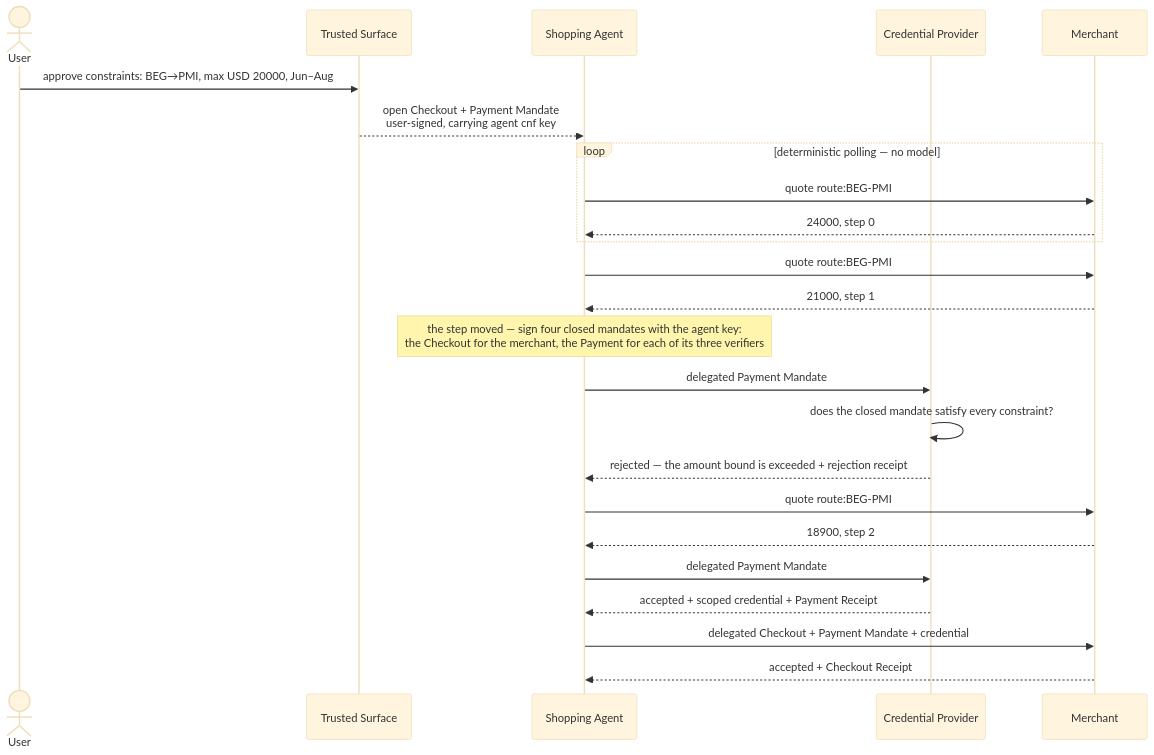
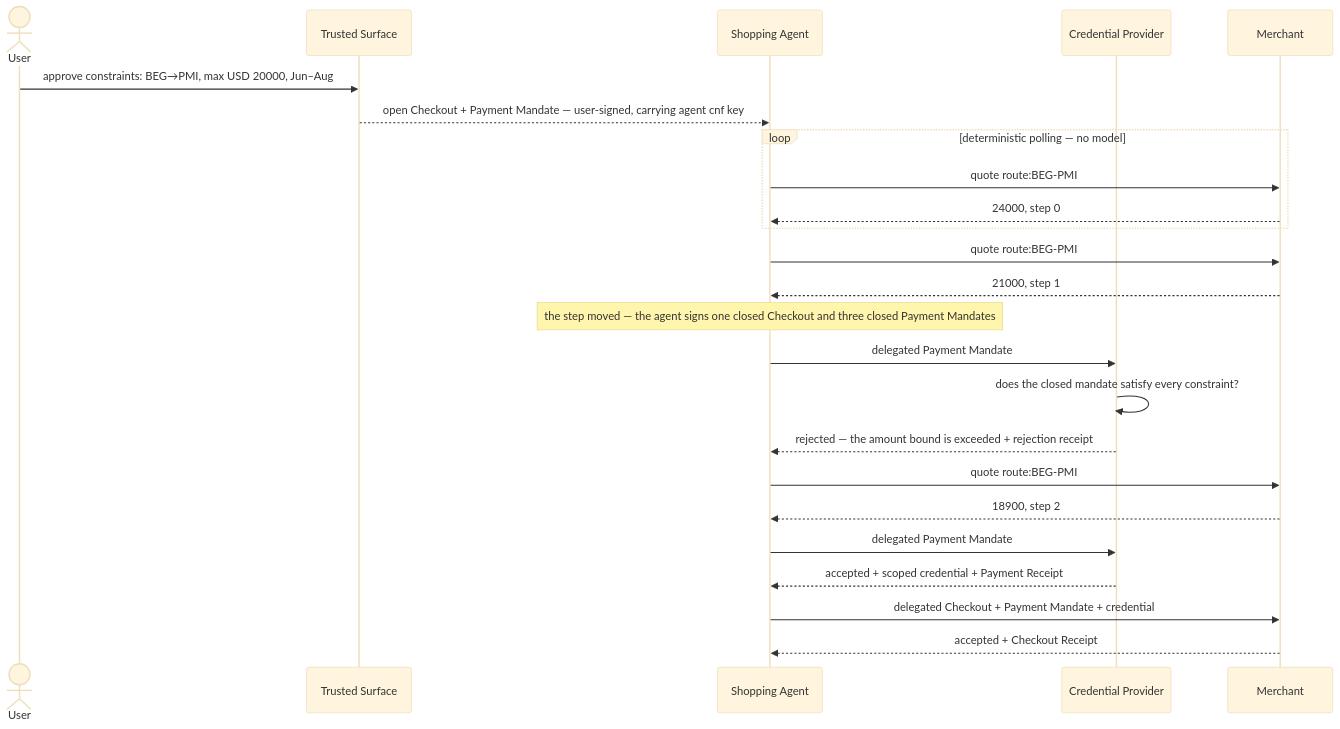
Before and after one commit to SkylinePlatform/agentic-payments: the third of 6 diagrams in docs/protocols/ap2.md, drawn with Mermaid (base theme). The commit also changed other lines of this file and 5 other files, not shown here.

````diff
--- a/docs/protocols/ap2.md
+++ b/docs/protocols/ap2.md
@@ -257,26 +262,26 @@
 ```mermaid
 sequenceDiagram
     actor U as User
     participant S as Trusted Surface
     participant A as Shopping Agent
     participant C as Credential Provider
     participant M as Merchant
     U->>S: approve constraints: BEG→PMI, max USD 20000, Jun–Aug
-    S-->>A: open Checkout + Payment Mandate<br/>user-signed, carrying agent cnf key
+    S-->>A: open Checkout + Payment Mandate — user-signed, carrying agent cnf key
     loop deterministic polling — no model
         A->>M: quote route:BEG-PMI
         M-->>A: 24000, step 0
     end
     A->>M: quote route:BEG-PMI
     M-->>A: 21000, step 1
-    Note over A: the step moved — sign four closed mandates with the agent key:<br/>the Checkout for the merchant, the Payment for each of its three verifiers
+    Note over A: the step moved — the agent signs one closed Checkout and three closed Payment Mandates
     A->>C: delegated Payment Mandate
     C->>C: does the closed mandate satisfy every constraint?
     C-->>A: rejected — the amount bound is exceeded + rejection receipt
     A->>M: quote route:BEG-PMI
     M-->>A: 18900, step 2
     A->>C: delegated Payment Mandate
     C-->>A: accepted + scoped credential + Payment Receipt
     A->>M: delegated Checkout + Payment Mandate + credential
     M-->>A: accepted + Checkout Receipt
 ```
````
